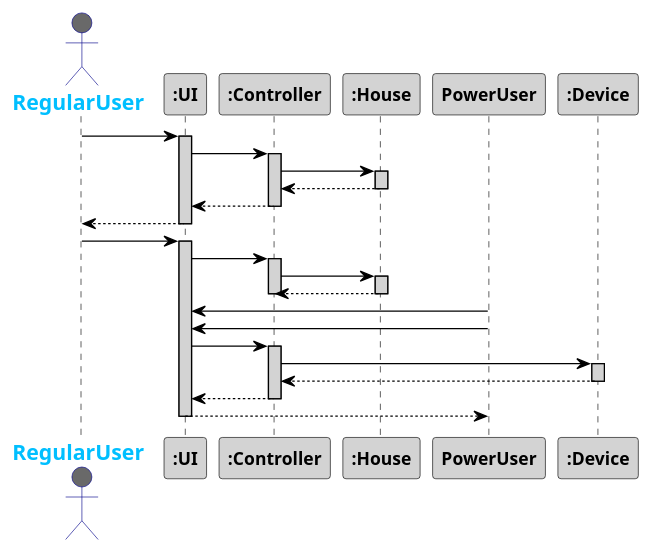
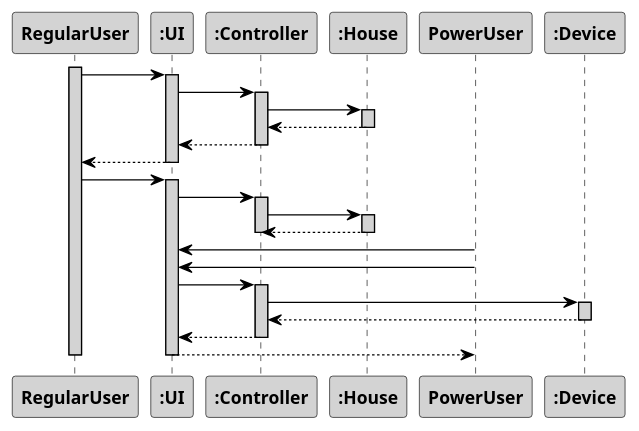
One commit to 1181687/hateoasToy changed the diagram in src/main/java/pt/ipp/isep/dei/project/controllers/importReadingsFromCSVController/SD_SequenceDiagramModel.puml. Above: the diagram before and after it, drawn with PlantUML. The commit also changed 7 other files, not shown here.

Commit message:
Updated Architecture UML (from Class to Component) Updated Sequence Digrams (activation of energy line in all Regular/Admin Users).

```diff
--- a/src/main/java/pt/ipp/isep/dei/project/controllers/importReadingsFromCSVController/SD_SequenceDiagramModel.puml
+++ b/src/main/java/pt/ipp/isep/dei/project/controllers/importReadingsFromCSVController/SD_SequenceDiagramModel.puml
@@ -1,57 +1,60 @@
 @startuml
 skinparam sequenceMessageAlign center
 skinparam sequence {
 	ArrowColor Black
 	ActorBorderColor DarkBlue
 	LifeLineBorderColor black
 	LifeLineBackgroundColor LightGrey
 
 	ParticipantBorderColor Black
 	ParticipantBackgroundColor LightGrey
 	ParticipantFontStyle Bold
 
 	ActorBackgroundColor DimGrey
 	ActorFontColor DeepSkyBlue
 	ActorFontStyle Bold
 	ActorFontSize 17
 	ActorFontName Aapex
 }
+activate RegularUser
+actor RegularUser
 
-actor RegularUser
 RegularUser -> ":UI":
 activate ":UI"
 ":UI" -> ":Controller":
 activate ":Controller"
 ":Controller" -> ":House":
 activate ":House"
 ":Controller" <-- ":House":
 deactivate ":House"
 ":UI" <-- ":Controller":
 deactivate ":Controller"
 RegularUser <-- ":UI":
 deactivate ":UI"
 
 RegularUser -> ":UI":
 activate ":UI"
 ":UI" -> ":Controller":
 activate ":Controller"
 ":Controller" -> ":House":
 activate ":House"
 ":Controller" <-- ":House":
 deactivate ":House"
 deactivate ":Controller"
 
 PowerUser -> ":UI":
 PowerUser -> ":UI":
 ":UI" -> ":Controller":
 activate ":Controller"
 ":Controller" -> ":Device":
 activate ":Device"
 ":Controller" <-- ":Device":
 deactivate ":Device"
 ":UI" <-- ":Controller":
 deactivate ":Controller"
 PowerUser <-- ":UI":
 deactivate ":UI"
 
+deactivate RegularUser
+
 @enduml
```
